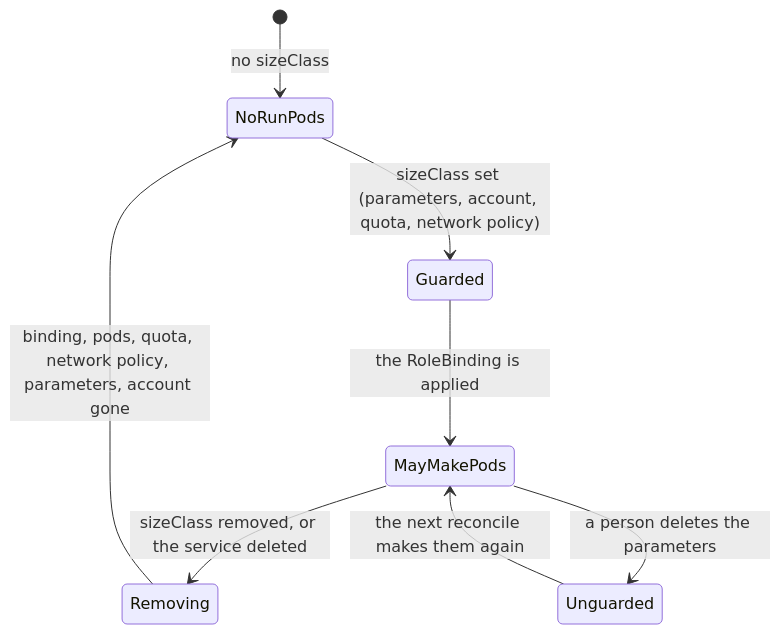
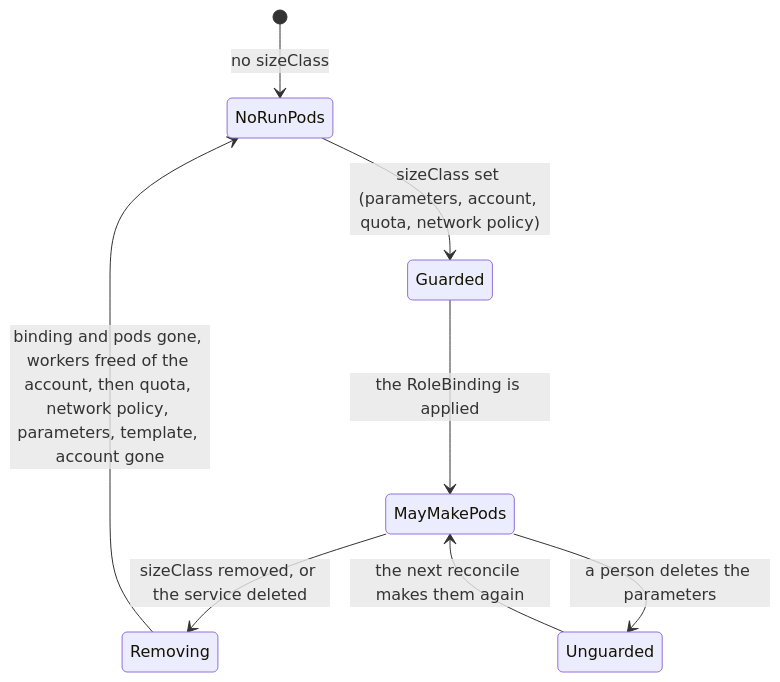
The third of 4 diagrams in deploy/operator/README.md (vymalo/another-agentic-platform), drawn with Mermaid before and after one commit. The commit also changed other lines of this file and 22 other files, not shown here.

````diff
--- a/deploy/operator/README.md
+++ b/deploy/operator/README.md
@@ -143,10 +145,10 @@
 ```mermaid
 stateDiagram-v2
   [*] --> NoRunPods: no sizeClass
   NoRunPods --> Guarded: sizeClass set (parameters, account, quota, network policy)
   Guarded --> MayMakePods: the RoleBinding is applied
   MayMakePods --> Removing: sizeClass removed, or the service deleted
-  Removing --> NoRunPods: binding, pods, quota, network policy, parameters, account gone
+  Removing --> NoRunPods: binding and pods gone, workers freed of the account, then quota, network policy, parameters, template, account gone
   MayMakePods --> Unguarded: a person deletes the parameters
   Unguarded --> MayMakePods: the next reconcile makes them again
 ```
````
